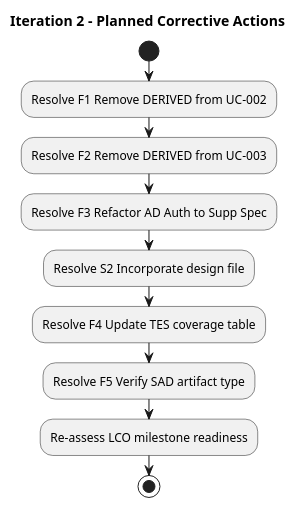
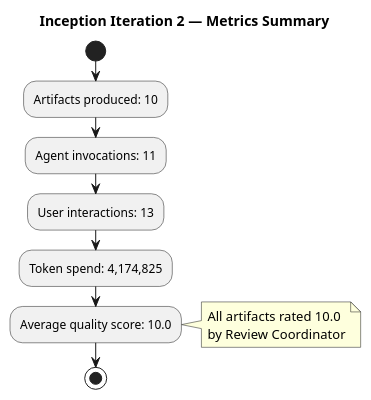
One commit to banense-test/demo-janke-lab changed the third of 3 diagrams in docs/artifacts/project-management/iteration-assessment.md. Above: the diagram before and after it, drawn with PlantUML. The commit also changed other lines of this file, not shown here.

First line of the commit message:
Project Manager [I2]: upsert Iteration Assessment

````diff
--- a/docs/artifacts/project-management/iteration-assessment.md
+++ b/docs/artifacts/project-management/iteration-assessment.md
@@ -156,15 +175,14 @@
 ```plantuml
 @startuml
-title Iteration 2 - Planned Corrective Actions
+title Inception Iteration 2 — Metrics Summary
 
 start
-:Resolve F1 Remove DERIVED from UC-002;
-:Resolve F2 Remove DERIVED from UC-003;
-:Resolve F3 Refactor AD Auth to Supp Spec;
-:Resolve S2 Incorporate design file;
-:Resolve F4 Update TES coverage table;
-:Resolve F5 Verify SAD artifact type;
-:Re-assess LCO milestone readiness;
+:Artifacts produced: 10;
+:Agent invocations: 11;
+:User interactions: 13;
+:Token spend: 4,174,825;
+:Average quality score: 10.0;
+note right: All artifacts rated 10.0\nby Review Coordinator
 stop
 @enduml
 ```
````
